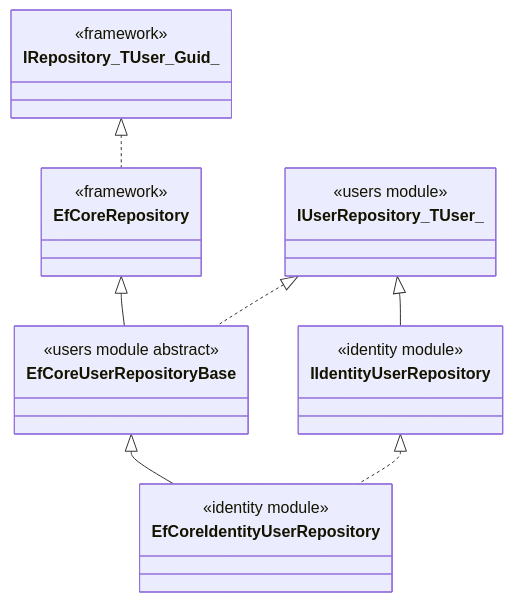
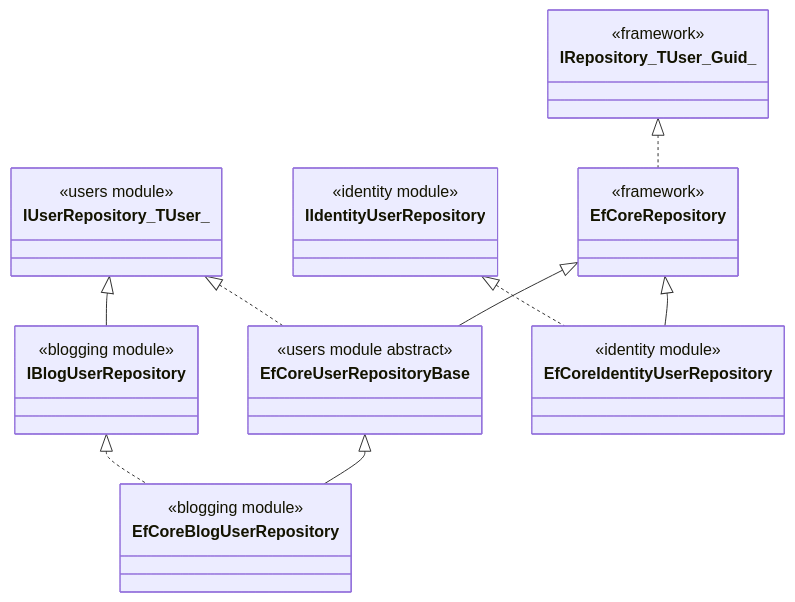
One commit to mintlify-atlas/docs-wiki-d74bb1cc changed the second of 2 diagrams in modules/users/persistence.mdx. Above: the diagram before and after it, drawn with Mermaid. The commit also changed other lines of this file and 77 other files, not shown here.

Commit message:
docs: review pass — accuracy audit, source verification, and added flow pages

````diff
--- a/modules/users/persistence.mdx
+++ b/modules/users/persistence.mdx
@@ -278,28 +284,37 @@
 ```mermaid
 classDiagram
     class IRepository_TUser_Guid_ {
         <<framework>>
     }
     class EfCoreRepository {
         <<framework>>
     }
     class IUserRepository_TUser_ {
         <<users module>>
     }
     class EfCoreUserRepositoryBase {
         <<users module abstract>>
     }
+    class IBlogUserRepository {
+        <<blogging module>>
+    }
+    class EfCoreBlogUserRepository {
+        <<blogging module>>
+    }
     class IIdentityUserRepository {
         <<identity module>>
     }
     class EfCoreIdentityUserRepository {
         <<identity module>>
     }
 
     IRepository_TUser_Guid_ <|.. EfCoreRepository
-    IUserRepository_TUser_ <|-- IIdentityUserRepository
+    IUserRepository_TUser_ <|-- IBlogUserRepository
     EfCoreRepository <|-- EfCoreUserRepositoryBase
     IUserRepository_TUser_ <|.. EfCoreUserRepositoryBase
-    EfCoreUserRepositoryBase <|-- EfCoreIdentityUserRepository
+    EfCoreUserRepositoryBase <|-- EfCoreBlogUserRepository
+    IBlogUserRepository <|.. EfCoreBlogUserRepository
+
+    EfCoreRepository <|-- EfCoreIdentityUserRepository
     IIdentityUserRepository <|.. EfCoreIdentityUserRepository
 ```
````
